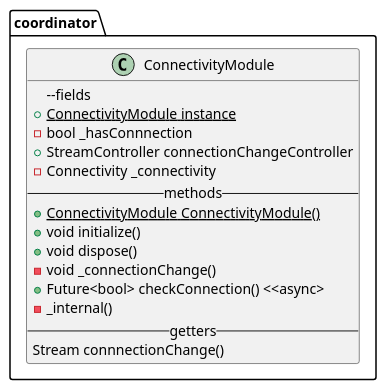
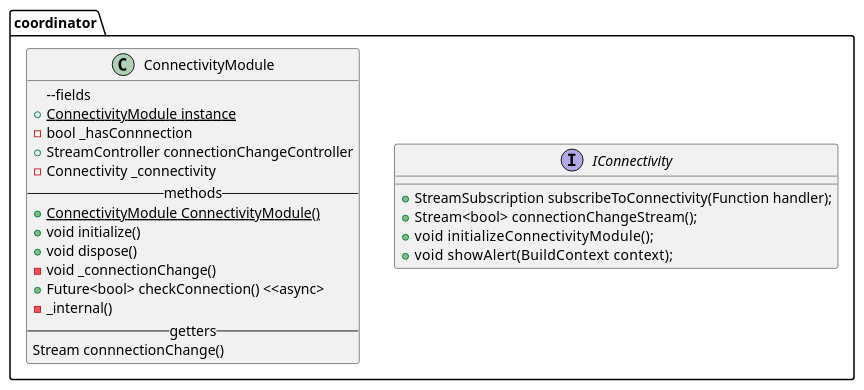
Before and after one commit to Partner-SHIP/partnership-app: the diagram in doc/diagrams/src/ConnectivityModule.md, drawn with PlantUML. The commit also changed 12 other files, not shown here.

Commit message:
PLANT UML UPDATE

````diff
--- a/doc/diagrams/src/ConnectivityModule.md
+++ b/doc/diagrams/src/ConnectivityModule.md
@@ -1,24 +1,32 @@
 ```plantuml
 @startuml ConnectivityModule
 
 package coordinator {
+
+    interface IConnectivity {
+        +  StreamSubscription subscribeToConnectivity(Function handler);
+        +  Stream<bool>  connectionChangeStream();
+        +  void    initializeConnectivityModule();
+        +  void    showAlert(BuildContext context);
+    }
+    
     class   ConnectivityModule {
         --fields
         {static} + ConnectivityModule instance
         - bool _hasConnnection
         + StreamController connectionChangeController
         - Connectivity _connectivity
         --methods--
         {static} + ConnectivityModule ConnectivityModule()
         + void initialize()
         + void dispose()
         - void _connectionChange()
         + Future<bool> checkConnection() <<async>
         - _internal()
         --getters--
         Stream connnectionChange()
     }
 }
 
 @enduml
 ```
````
